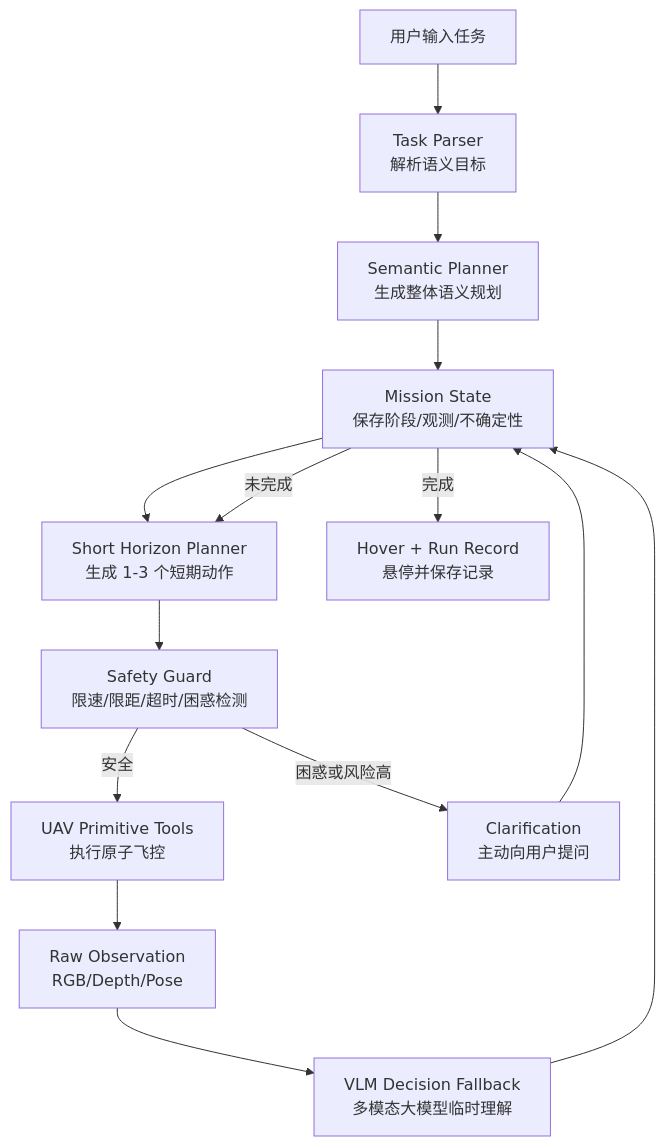
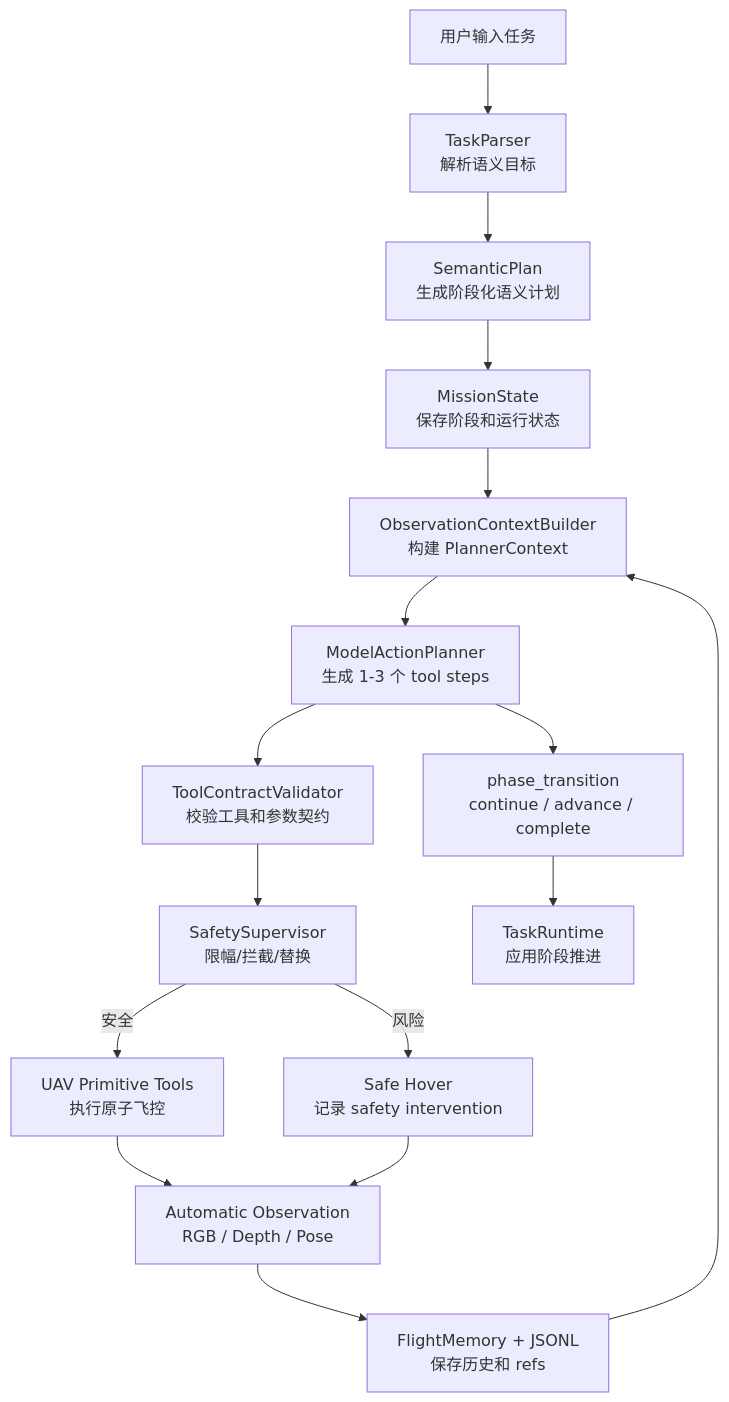
The first of 5 diagrams in docs/mvp_flow_diagrams.md (LZ6years/AeroPilot), drawn with Mermaid before and after one commit. The commit also changed other lines of this file and 15 other files, not shown here.

Commit message:
Tighten model action planner contract

````diff
--- a/docs/mvp_flow_diagrams.md
+++ b/docs/mvp_flow_diagrams.md
@@ -7,16 +7,18 @@
 ```mermaid
 flowchart TD
-    U["用户输入任务"] --> P["Task Parser<br/>解析语义目标"]
-    P --> S["Semantic Planner<br/>生成整体语义规划"]
-    S --> M["Mission State<br/>保存阶段/观测/不确定性"]
-    M --> H["Short Horizon Planner<br/>生成 1-3 个短期动作"]
-    H --> G["Safety Guard<br/>限速/限距/超时/困惑检测"]
-    G -->|安全| A["UAV Primitive Tools<br/>执行原子飞控"]
-    G -->|困惑或风险高| Q["Clarification<br/>主动向用户提问"]
-    Q --> M
-    A --> O["Raw Observation<br/>RGB/Depth/Pose"]
-    O --> V["VLM Decision Fallback<br/>多模态大模型临时理解"]
-    V --> M
-    M -->|未完成| H
-    M -->|完成| R["Hover + Run Record<br/>悬停并保存记录"]
+    U["用户输入任务"] --> TP["TaskParser<br/>解析语义目标"]
+    TP --> SP["SemanticPlan<br/>生成阶段化语义计划"]
+    SP --> MS["MissionState<br/>保存阶段和运行状态"]
+    MS --> CB["ObservationContextBuilder<br/>构建 PlannerContext"]
+    CB --> MAP["ModelActionPlanner<br/>生成 1-3 个 tool steps"]
+    MAP --> TCV["ToolContractValidator<br/>校验工具和参数契约"]
+    TCV --> SS["SafetySupervisor<br/>限幅/拦截/替换"]
+    SS -->|安全| UAV["UAV Primitive Tools<br/>执行原子飞控"]
+    SS -->|风险| H["Safe Hover<br/>记录 safety intervention"]
+    UAV --> AO["Automatic Observation<br/>RGB / Depth / Pose"]
+    H --> AO
+    AO --> MEM["FlightMemory + JSONL<br/>保存历史和 refs"]
+    MEM --> CB
+    MAP --> PT["phase_transition<br/>continue / advance / complete"]
+    PT --> RT["TaskRuntime<br/>应用阶段推进"]
 ```
````
